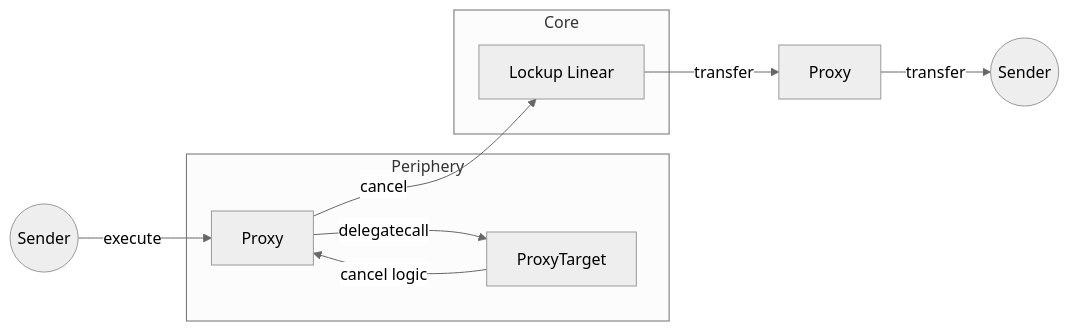
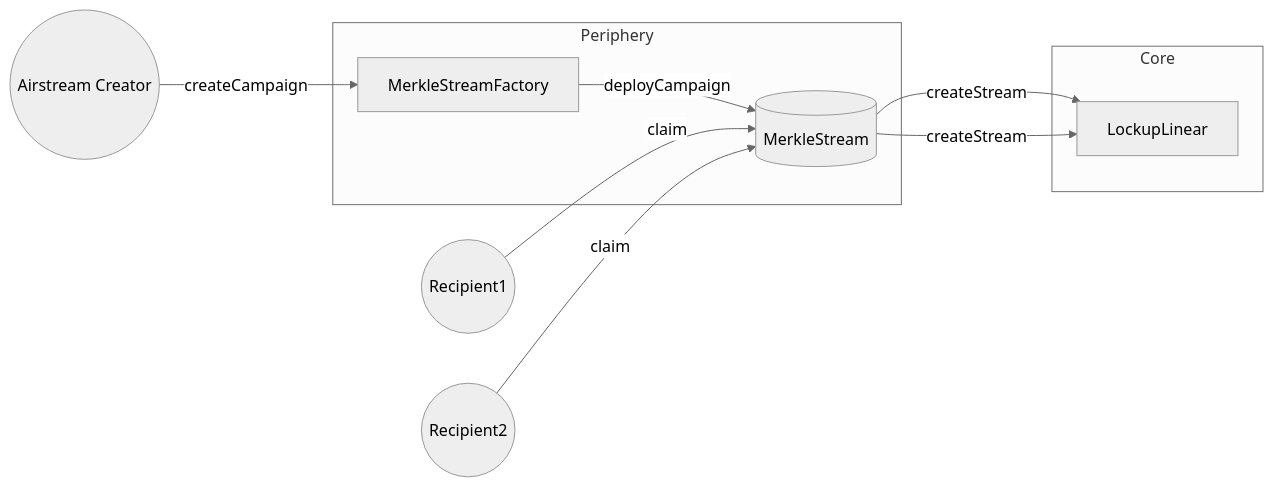
One commit to sablier-labs/docs changed the third of 3 diagrams in docs/contracts/v2/reference/02-diagrams.md. Above: the diagram before and after it, drawn with Mermaid (neutral theme). The commit also changed other lines of this file and 79 other files, not shown here.

````diff
--- a/docs/contracts/v2/reference/02-diagrams.md
+++ b/docs/contracts/v2/reference/02-diagrams.md
@@ -169,20 +85,19 @@
 ```mermaid
 flowchart LR
-  S((Sender))
+  S((Airstream Creator))
   subgraph Periphery
-    P[Proxy]
-    PT[ProxyTarget]
+    MSF[MerkleStreamFactory]
+    MS[(MerkleStream)]
   end
   subgraph Core
-    LL[Lockup Linear]
+    LL[LockupLinear]
   end
-  PEnd[Proxy]
-  SEnd((Sender))
-
-  S -- "execute" --> P
-  P -- "delegatecall" --> PT
-  PT -- "cancel logic" --> P
-  P -- "cancel" --> LL
-  LL -- "transfer" --> PEnd
-  PEnd -- "transfer" --> SEnd
+  R1((Recipient1))
+  R2((Recipient2))
+  S -- "createCampaign" --> MSF
+  MSF -- "deployCampaign" --> MS
+  R1 -- "claim" --> MS
+  R2 -- "claim" --> MS
+  MS -- "createStream" --> LL
+  MS -- "createStream" --> LL
 ```
````
